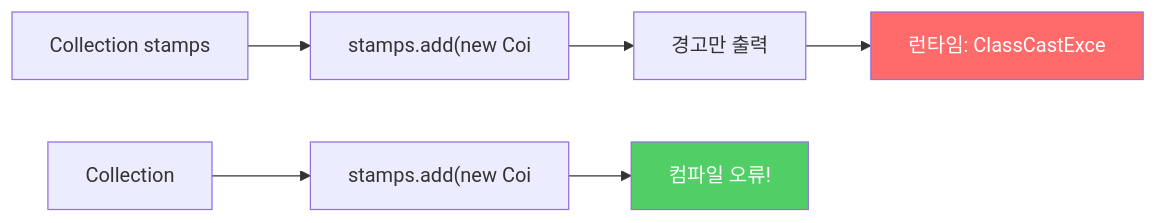
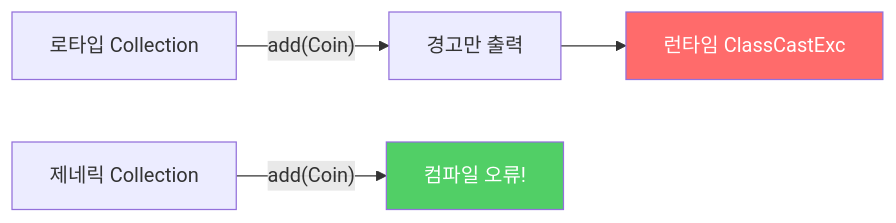
The first of 3 diagrams in _posts/java/2022-01-05-effective-java26.md (yjkim2015/yjkim2015.github.io), drawn with Mermaid before and after one commit. The commit also changed other lines of this file and 245 other files, not shown here.

First line of the commit message:
Mermaid 다이어그램 전면 수정 + 면접 포인트 접기/펼치기 + DB 데드락 페이지

````diff
--- a/_posts/java/2022-01-05-effective-java26.md
+++ b/_posts/java/2022-01-05-effective-java26.md
@@ -55,10 +55,8 @@
 ```mermaid
 graph LR
-    A["Collection stamps"] --> B["stamps.add(new Coi"]
-    B --> C["경고만 출력"]
-    C --> D["런타임: ClassCastExce"]
-    E["Collection<Stamp>"] --> F["stamps.add(new Coi"]
-    F --> G["컴파일 오류!"]
-    style D fill:#ff6b6b,color:#fff
-    style G fill:#51cf66,color:#fff
+    A["로타입 Collection"] -->|"add(Coin)"| B["경고만 출력"]
+    B --> C["런타임 ClassCastExc"]
+    D["제네릭 Collection"] -->|"add(Coin)"| E["컴파일 오류!"]
+    style C fill:#ff6b6b,color:#fff
+    style E fill:#51cf66,color:#fff
 ```
````
